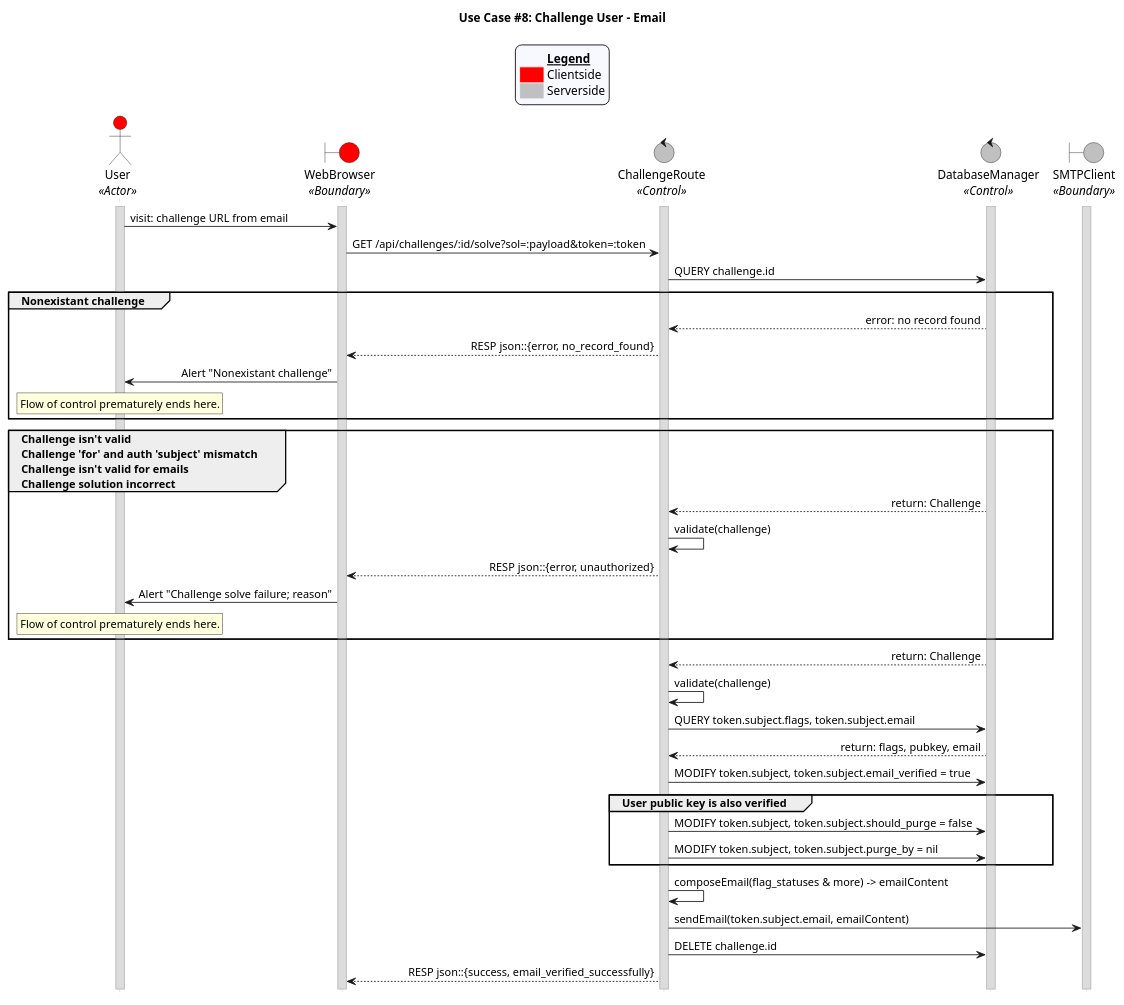
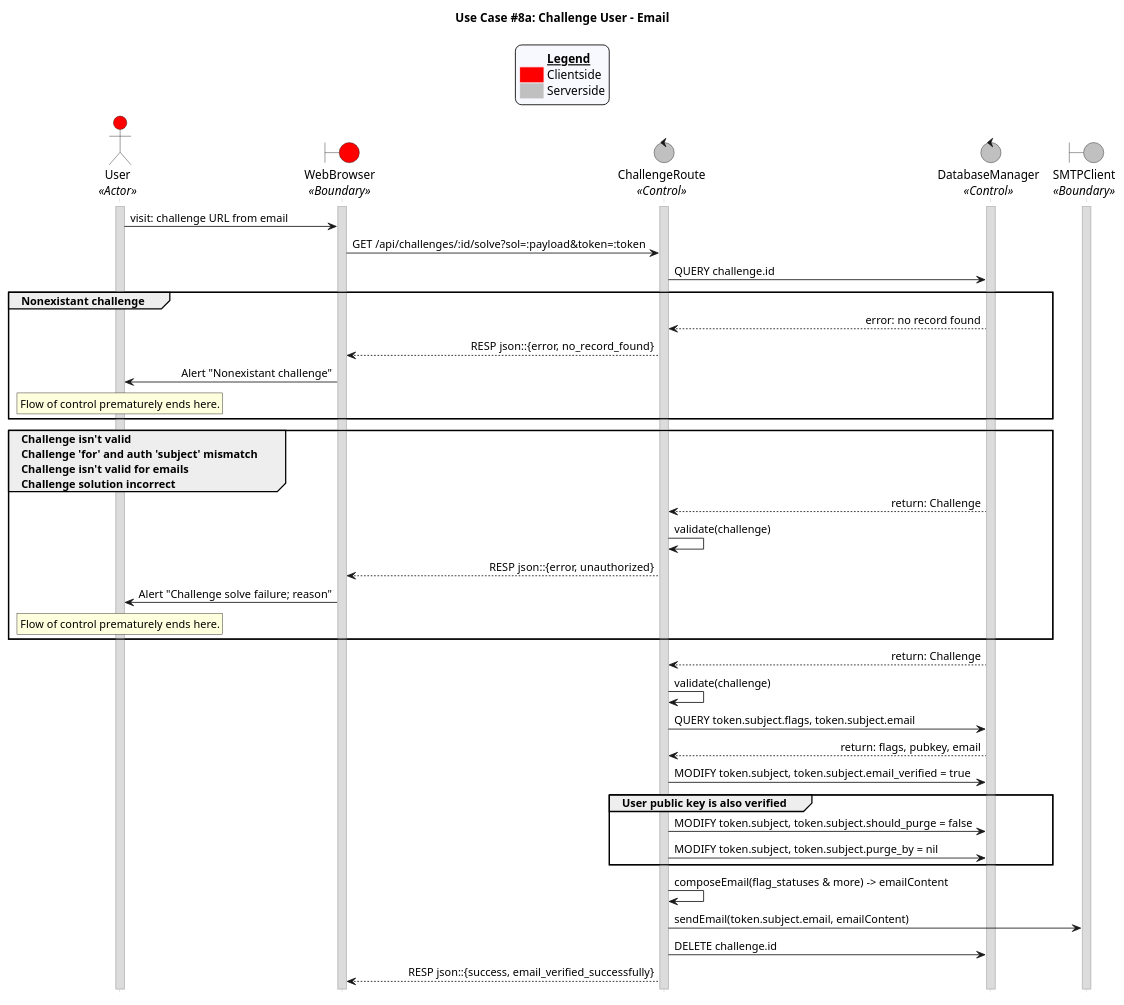
The diagram in uc_08_email.puml (CECS-491-SP24-Group-1/seq-diagrams), drawn with PlantUML before and after one commit. The commit also changed 1 other file, not shown here.

Commit message:
Split up use case 8 into 2 use cases 8a and 8b

```diff
--- a/uc_08_email.puml
+++ b/uc_08_email.puml
@@ -1,94 +1,94 @@
-@startuml uc08_email
-title "Use Case #8: Challenge User - Email"
+@startuml uc08a_email
+title "Use Case #8a: Challenge User - Email"
 
 'Styling goes here
 hide footbox
 skinparam stereotypePosition bottom
 skinparam sequenceMessageAlign direction
 skinparam sequence {
 	LifeLineBorderColor #Silver
 	LifeLineBackgroundColor #Gainsboro
 }
 
 'Add a legend plus styling
 skinparam legend {
 	backgroundColor #GhostWhite
 	entrySeparator #GhostWhite
 }
 
 legend top
 	<#GhostWhite,#GhostWhite>|	|= __Legend__ |
 	|<#red> | Clientside|
 	|<#silver> | Serverside|
 endlegend
 
 'Setup the objects involved here
 actor User as u <<Actor>> #red
 boundary WebBrowser as wb <<Boundary>> #red
 control ChallengeRoute as cr <<Control>> #silver
 control DatabaseManager as db <<Control>> #silver
 boundary SMTPClient as sc <<Boundary>> #silver
 
 'Setup persistent objects here
 activate u
 activate wb
 activate cr
 activate db
 activate sc
 
 '--- FLOW OF CONTROL STARTS HERE ---
 'User gets an email with their challenge code and visits the link in their browser.
 u -> wb: visit: challenge URL from email
 wb -> cr: GET /api/challenges/:id/solve?sol=:payload&token=:token
 
 'Server checks if the challenge is valid
 cr -> db: QUERY challenge.id
 
 'Case 1: The challenge doesn't exist
 group Nonexistant challenge
 	db --> cr: error: no record found
 	cr --> wb: RESP json::{error, no_record_found}
 	wb -> u: Alert "Nonexistant challenge"
 	rnote over u
 	Flow of control prematurely ends here.
 	endrnote
 end
 
 'Case 2: The challenge is invalid, not for this user, not email challenge, or the solution is incorrect.
 group Challenge isn't valid \nChallenge 'for' and auth 'subject' mismatch \nChallenge isn't valid for emails \nChallenge solution incorrect
 	db --> cr: return: Challenge
 	cr -> cr: validate(challenge)
 	cr --> wb: RESP json::{error, unauthorized}
 	wb -> u: Alert "Challenge solve failure; reason"
 	rnote over u
 	Flow of control prematurely ends here.
 	endrnote
 end
 
 'Default case: challenge exists and is valid
 db --> cr: return: Challenge
 cr -> cr: validate(challenge)
 
 'Query the database for the user flags.
 cr -> db: QUERY token.subject.flags, token.subject.email
 db --> cr: return: flags, pubkey, email
 
 'Mark the user's email as verified
 cr -> db: MODIFY token.subject, token.subject.email_verified = true
 
 'Also unmark the user's account for deletion if the public key is verified.
 group User public key is also verified
 	cr -> db: MODIFY token.subject, token.subject.should_purge = false
 	cr -> db: MODIFY token.subject, token.subject.purge_by = nil
 end
 
 'Email the user to inform of successful challenge completion and next steps.
 cr -> cr: composeEmail(flag_statuses & more) -> emailContent
 cr -> sc: sendEmail(token.subject.email, emailContent)
 
 'Cleanup and return the feedback to the user
 cr -> db: DELETE challenge.id
 cr --> wb: RESP json::{success, email_verified_successfully}
 '--- FLOW OF CONTROL ENDS HERE   ---
 
 @enduml
```
